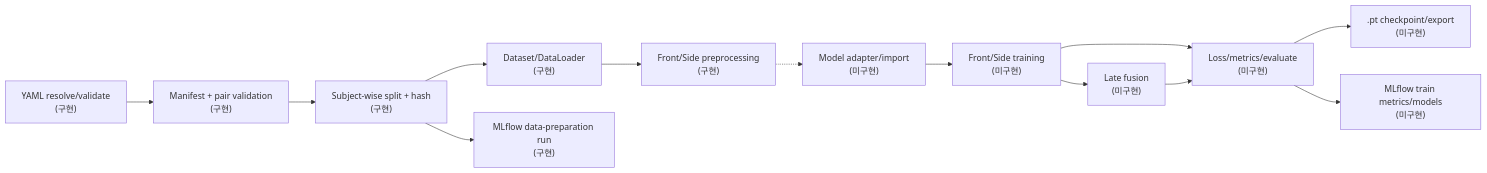
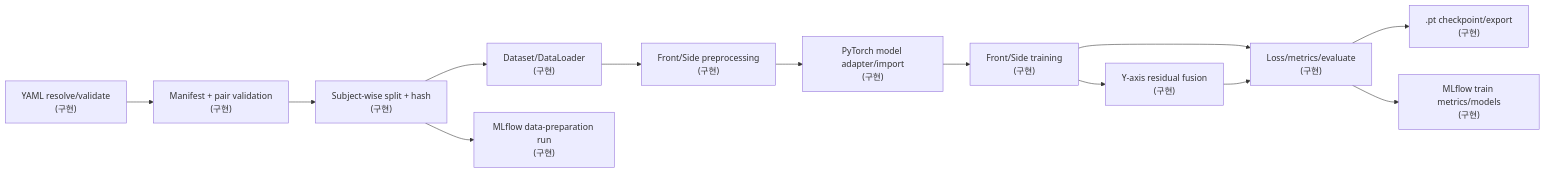
The first of 3 diagrams in docs/architecture.md (ggulNote/eye-tracking-ml), drawn with Mermaid before and after one commit. The commit also changed other lines of this file and 42 other files, not shown here.

Commit message:
Add model runtime adapters and dual-view training pipeline

````diff
--- a/docs/architecture.md
+++ b/docs/architecture.md
@@ -25,16 +25,16 @@
 ```mermaid
 flowchart LR
     C["YAML resolve/validate<br/>(구현)"] --> M["Manifest + pair validation<br/>(구현)"]
     M --> S["Subject-wise split + hash<br/>(구현)"]
     S --> D["Dataset/DataLoader<br/>(구현)"]
     D --> P["Front/Side preprocessing<br/>(구현)"]
     S --> R["MLflow data-preparation run<br/>(구현)"]
 
-    P -.-> A["Model adapter/import<br/>(미구현)"]
-    A --> B["Front/Side training<br/>(미구현)"]
-    B --> G["Late fusion<br/>(미구현)"]
-    B --> E["Loss/metrics/evaluate<br/>(미구현)"]
+    P --> A["PyTorch model adapter/import<br/>(구현)"]
+    A --> B["Front/Side training<br/>(구현)"]
+    B --> G["Y-axis residual fusion<br/>(구현)"]
+    B --> E["Loss/metrics/evaluate<br/>(구현)"]
     G --> E
-    E --> K[".pt checkpoint/export<br/>(미구현)"]
-    E --> T["MLflow train metrics/models<br/>(미구현)"]
+    E --> K[".pt checkpoint/export<br/>(구현)"]
+    E --> T["MLflow train metrics/models<br/>(구현)"]
 ```
````
